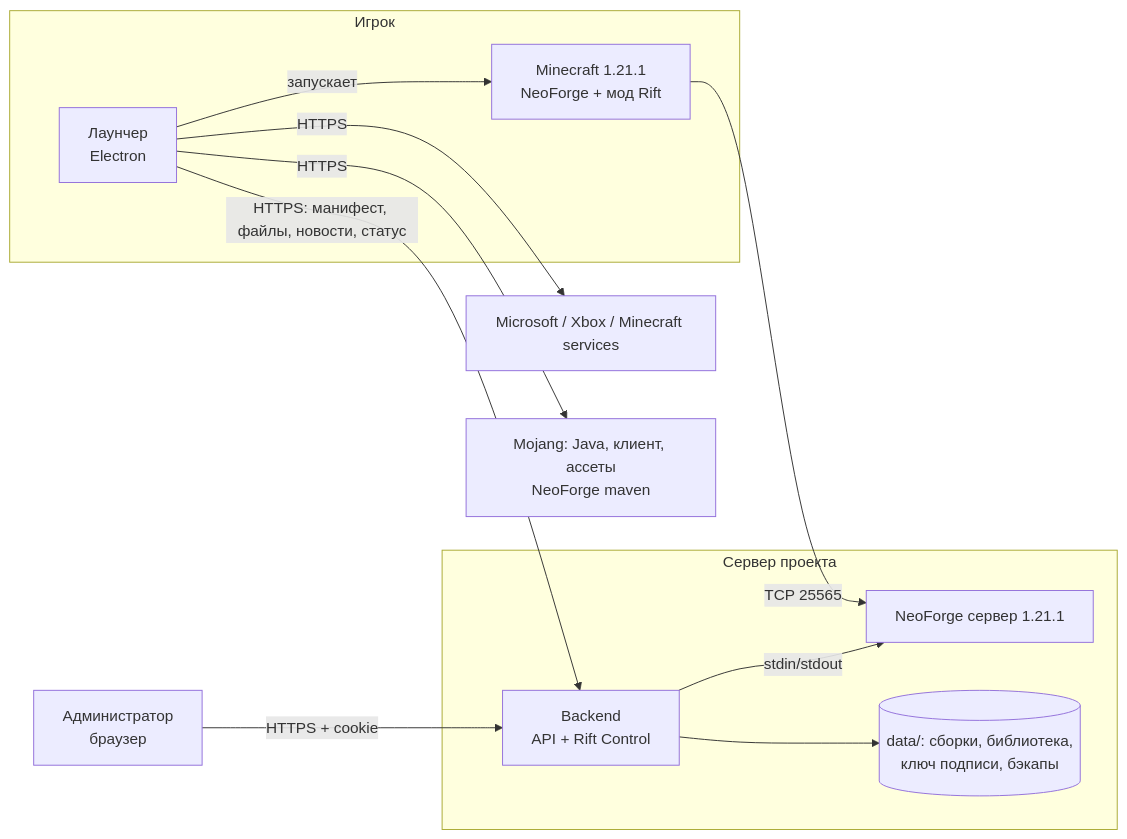
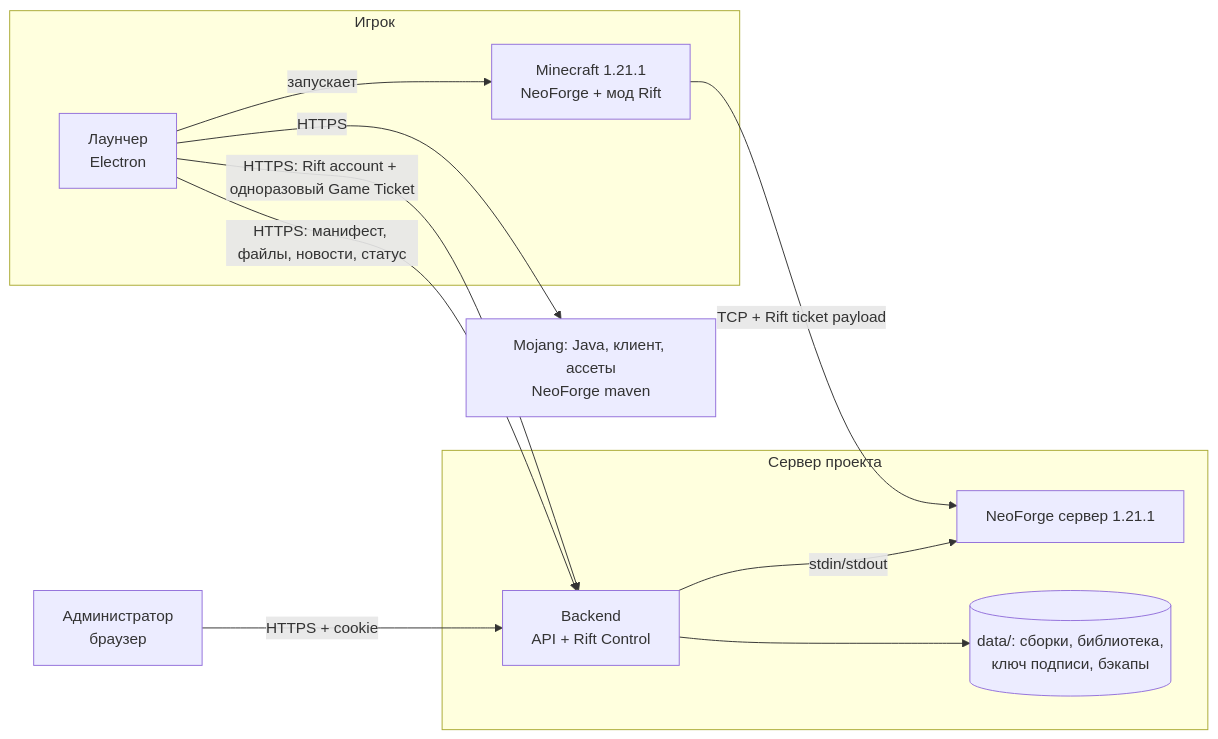
Before and after one commit to vladosiwe-dotcom/LauncherMinecraft: the diagram in docs/ARCHITECTURE.md, drawn with Mermaid. The commit also changed other lines of this file, not shown here.

Commit message:
Document Rift-only login and ticket validation

````diff
--- a/docs/ARCHITECTURE.md
+++ b/docs/ARCHITECTURE.md
@@ -3,15 +3,15 @@
 ```mermaid
 flowchart LR
   subgraph Игрок
     L[Лаунчер<br/>Electron] -->|запускает| MC[Minecraft 1.21.1<br/>NeoForge + мод Rift]
   end
   subgraph Сервер проекта
     B[Backend<br/>API + Rift Control] -->|stdin/stdout| S[NeoForge сервер 1.21.1]
     B --> D[(data/: сборки, библиотека,<br/>ключ подписи, бэкапы)]
   end
   L -->|HTTPS: манифест, файлы, новости, статус| B
-  L -->|HTTPS| MS[Microsoft / Xbox / Minecraft services]
+  L -->|HTTPS: Rift account + одноразовый Game Ticket| B
   L -->|HTTPS| MJ[Mojang: Java, клиент, ассеты<br/>NeoForge maven]
-  MC -->|TCP 25565| S
+  MC -->|TCP + Rift ticket payload| S
   A[Администратор<br/>браузер] -->|HTTPS + cookie| B
 ```
````
